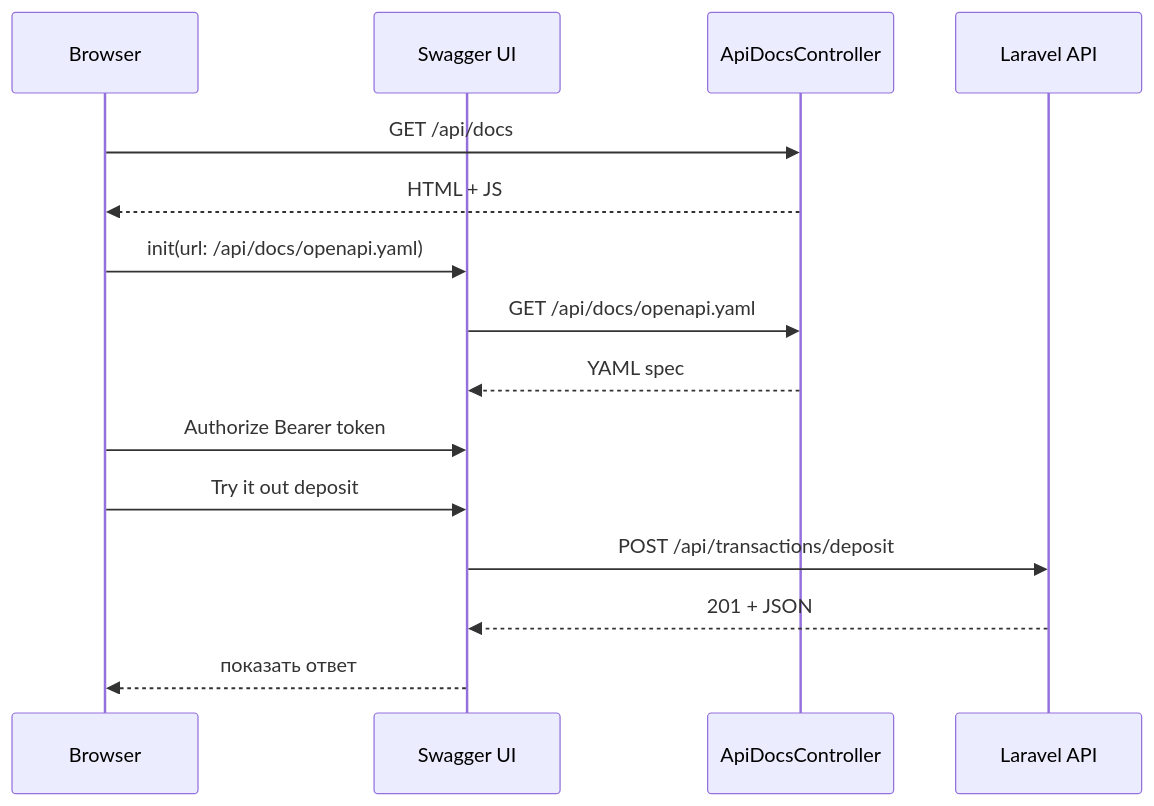
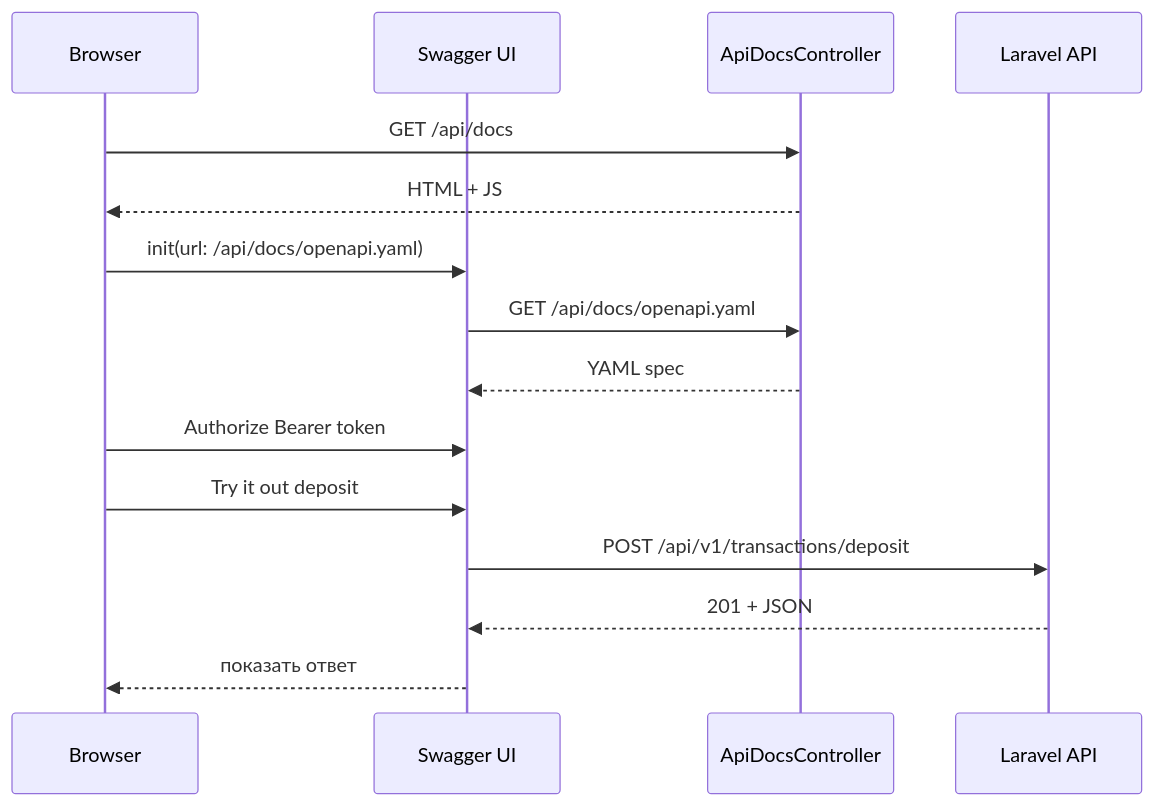
Before and after one commit to Yaroslav-Pakhomov/ledgerpay-platform: the diagram in docs/architecture/swagger.md, drawn with Mermaid. The commit also changed other lines of this file and 27 other files, not shown here.

````diff
--- a/docs/architecture/swagger.md
+++ b/docs/architecture/swagger.md
@@ -83,20 +83,20 @@
 ```mermaid
 sequenceDiagram
     participant Browser
     participant SwaggerUI as Swagger UI
     participant Docs as ApiDocsController
     participant API as Laravel API
 
     Browser->>Docs: GET /api/docs
     Docs-->>Browser: HTML + JS
 
     Browser->>SwaggerUI: init(url: /api/docs/openapi.yaml)
     SwaggerUI->>Docs: GET /api/docs/openapi.yaml
     Docs-->>SwaggerUI: YAML spec
 
     Browser->>SwaggerUI: Authorize Bearer token
     Browser->>SwaggerUI: Try it out deposit
-    SwaggerUI->>API: POST /api/transactions/deposit
+    SwaggerUI->>API: POST /api/v1/transactions/deposit
     API-->>SwaggerUI: 201 + JSON
     SwaggerUI-->>Browser: показать ответ
 ```
````
